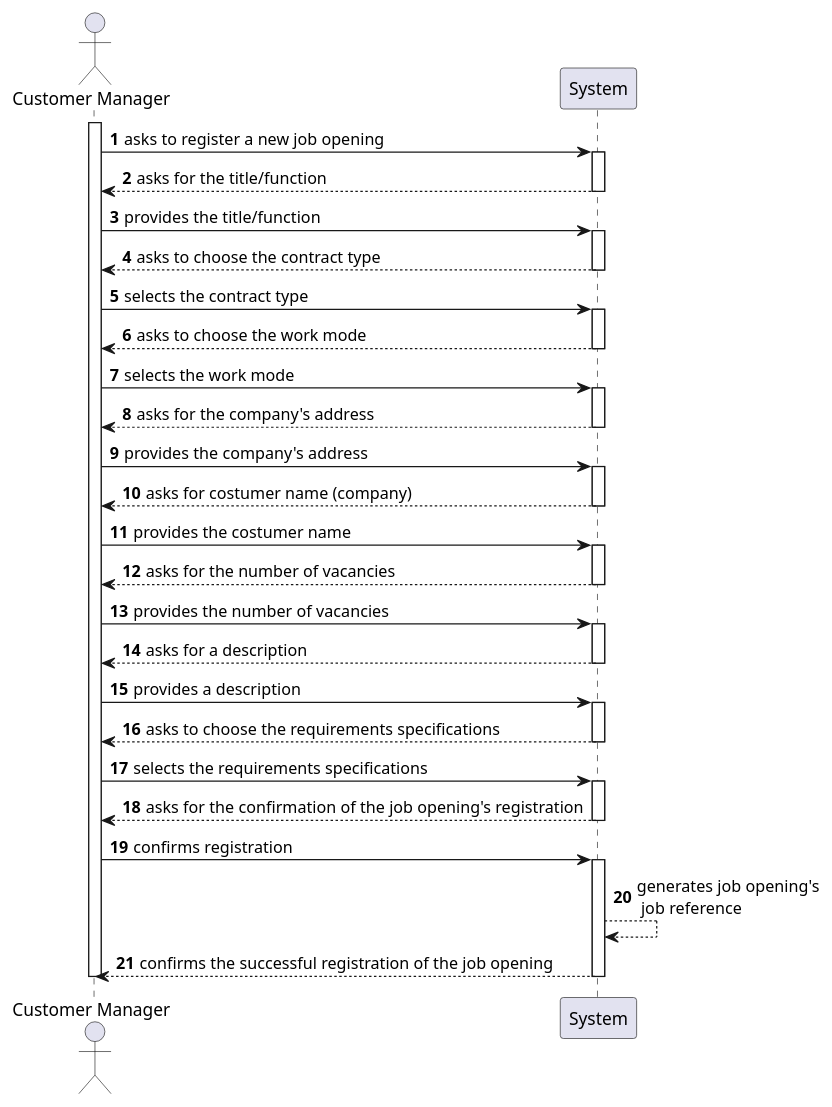
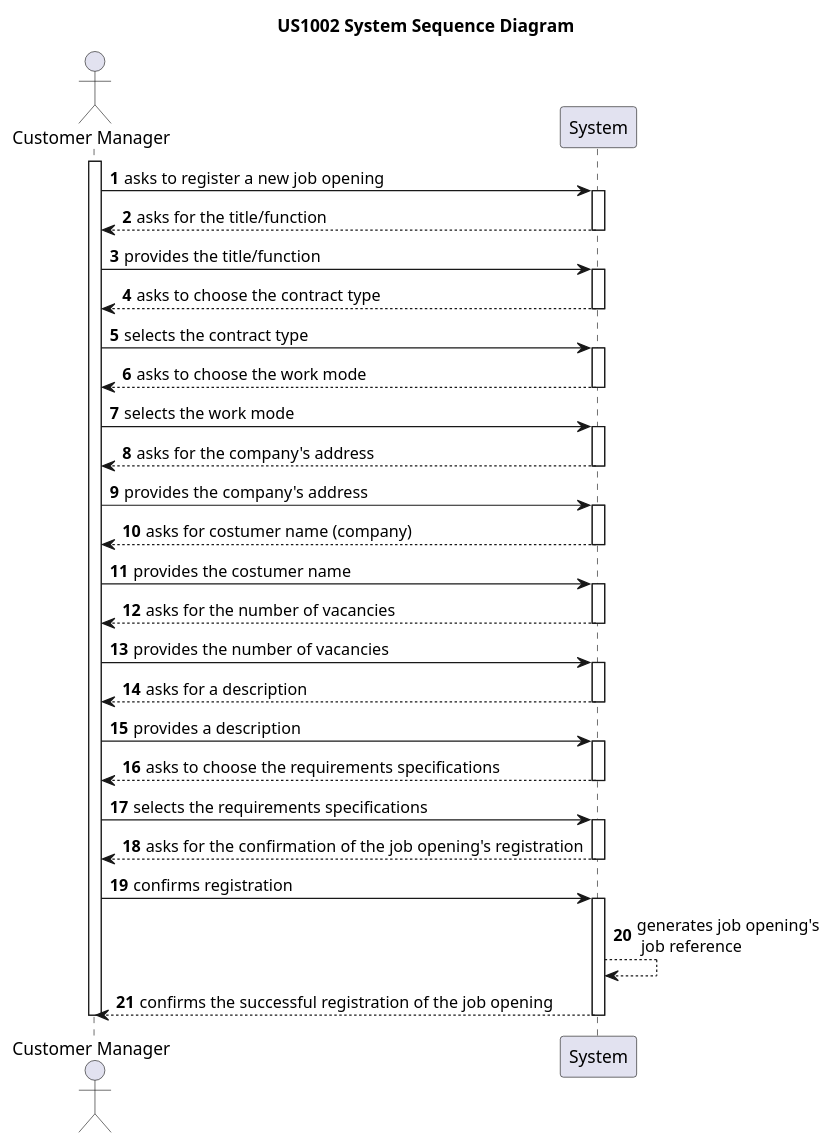
Before and after one commit to rita-barbosa/LAPR4-2324: the diagram in docs/sb_us_1002/US1002_SSD/us_1002_SSD.puml, drawn with PlantUML. The commit also changed 3 other files, not shown here.

```diff
--- a/docs/sb_us_1002/US1002_SSD/us_1002_SSD.puml
+++ b/docs/sb_us_1002/US1002_SSD/us_1002_SSD.puml
@@ -1,84 +1,87 @@
 @startuml US1002_SSD
+
+title US1002 System Sequence Diagram
+
 autonumber
 
 actor "Customer Manager" as CM
 participant "System" as SYS
 
 activate CM
 
 CM -> SYS : asks to register a new job opening
 
 activate SYS
 
 SYS --> CM : asks for the title/function
 deactivate SYS
 
 CM -> SYS : provides the title/function
 
 activate SYS
 
 SYS --> CM : asks to choose the contract type
 deactivate SYS
 
 CM -> SYS : selects the contract type
 
 activate SYS
 
 SYS --> CM : asks to choose the work mode
 deactivate SYS
 
 CM -> SYS : selects the work mode
 
 activate SYS
 
 SYS --> CM : asks for the company's address
 deactivate SYS
 
 CM -> SYS : provides the company's address
 
 activate SYS
 
 SYS --> CM : asks for costumer name (company)
 deactivate SYS
 
 CM -> SYS : provides the costumer name
 
 activate SYS
 
 SYS --> CM : asks for the number of vacancies
 deactivate SYS
 
 CM -> SYS : provides the number of vacancies
 
 activate SYS
 
 SYS --> CM : asks for a description
 deactivate SYS
 
 CM -> SYS : provides a description
 
 activate SYS
 
 SYS --> CM : asks to choose the requirements specifications
 deactivate SYS
 
 CM -> SYS : selects the requirements specifications
 
 activate SYS
 
 SYS --> CM : asks for the confirmation of the job opening's registration
 deactivate SYS
 
 CM -> SYS : confirms registration
 
 activate SYS
 
 SYS --> SYS : generates job opening's\n job reference
 
 SYS --> CM : confirms the successful registration of the job opening
 deactivate SYS
 
 
 deactivate CM
 
 @enduml
```
